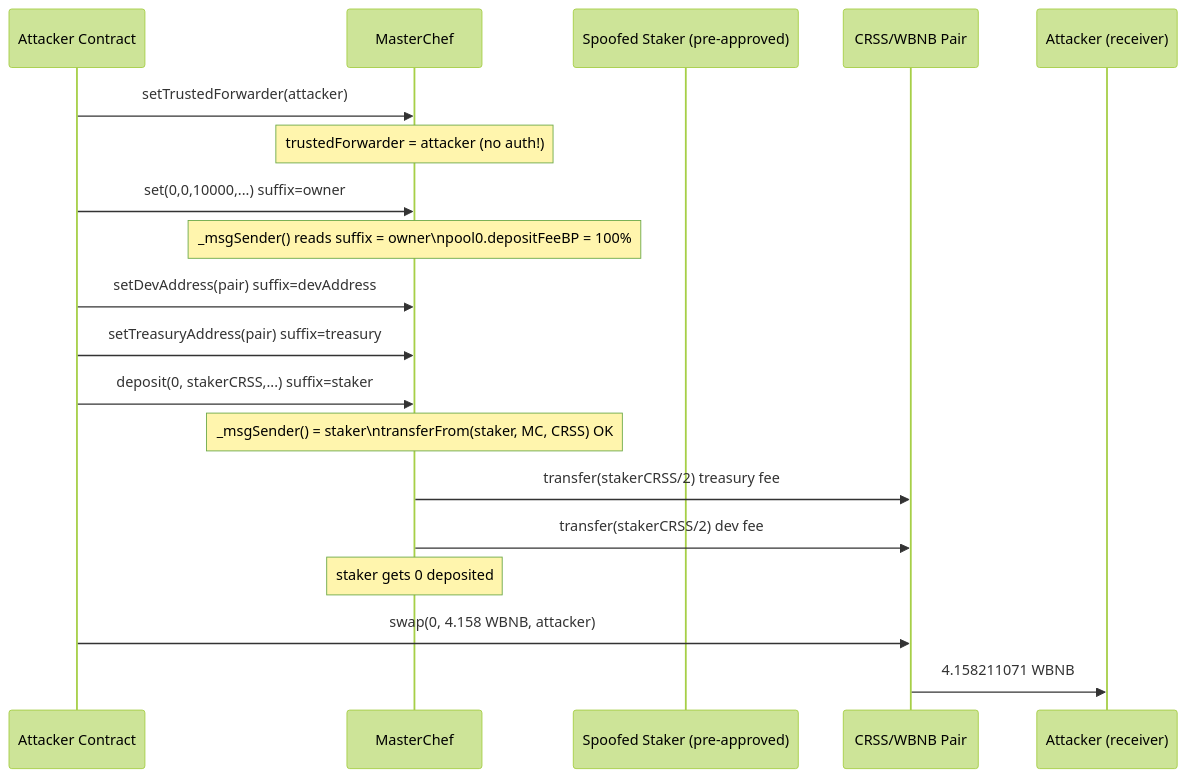
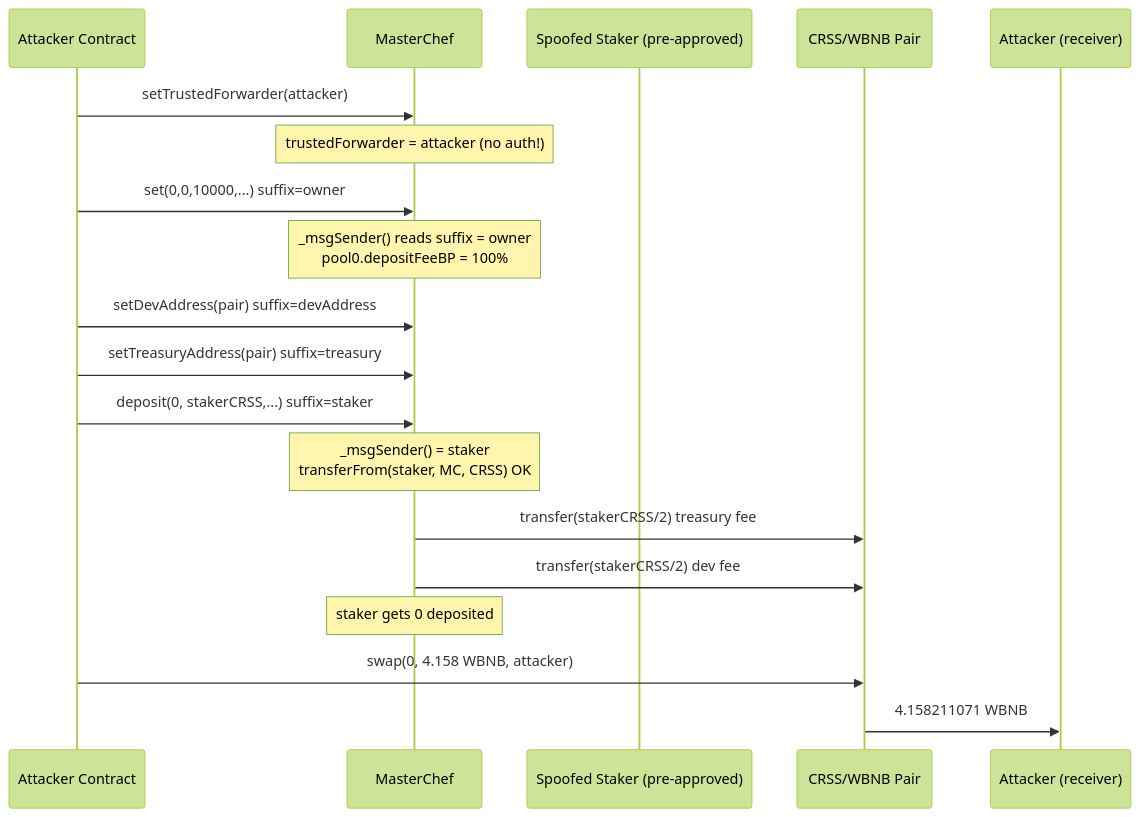
The first of 2 diagrams in 2025-05-crosswise_exp/crosswise_exp.md (sanbir/evm-hack-registry), drawn with Mermaid (forest theme) before and after one commit. The commit also changed 280 other files, not shown here.

Commit message:
mermaid fixes

````diff
--- a/2025-05-crosswise_exp/crosswise_exp.md
+++ b/2025-05-crosswise_exp/crosswise_exp.md
@@ -171,26 +171,26 @@
 ```mermaid
 sequenceDiagram
     participant Att as Attacker Contract
     participant MC as MasterChef
     participant Staker as Spoofed Staker (pre-approved)
     participant Pair as CRSS/WBNB Pair
     participant Att2 as Attacker (receiver)
 
     Att->>MC: setTrustedForwarder(attacker)
     Note over MC: trustedForwarder = attacker (no auth!)
 
     Att->>MC: set(0,0,10000,...) suffix=owner
-    Note over MC: _msgSender() reads suffix = owner\npool0.depositFeeBP = 100%
+    Note over MC: _msgSender() reads suffix = owner<br/>pool0.depositFeeBP = 100%
 
     Att->>MC: setDevAddress(pair) suffix=devAddress
     Att->>MC: setTreasuryAddress(pair) suffix=treasury
 
     Att->>MC: deposit(0, stakerCRSS,...) suffix=staker
-    Note over MC: _msgSender() = staker\ntransferFrom(staker, MC, CRSS) OK
+    Note over MC: _msgSender() = staker<br/>transferFrom(staker, MC, CRSS) OK
     MC->>Pair: transfer(stakerCRSS/2)  treasury fee
     MC->>Pair: transfer(stakerCRSS/2)  dev fee
     Note over MC: staker gets 0 deposited
 
     Att->>Pair: swap(0, 4.158 WBNB, attacker)
     Pair->>Att2: 4.158211071 WBNB
 ```
````
